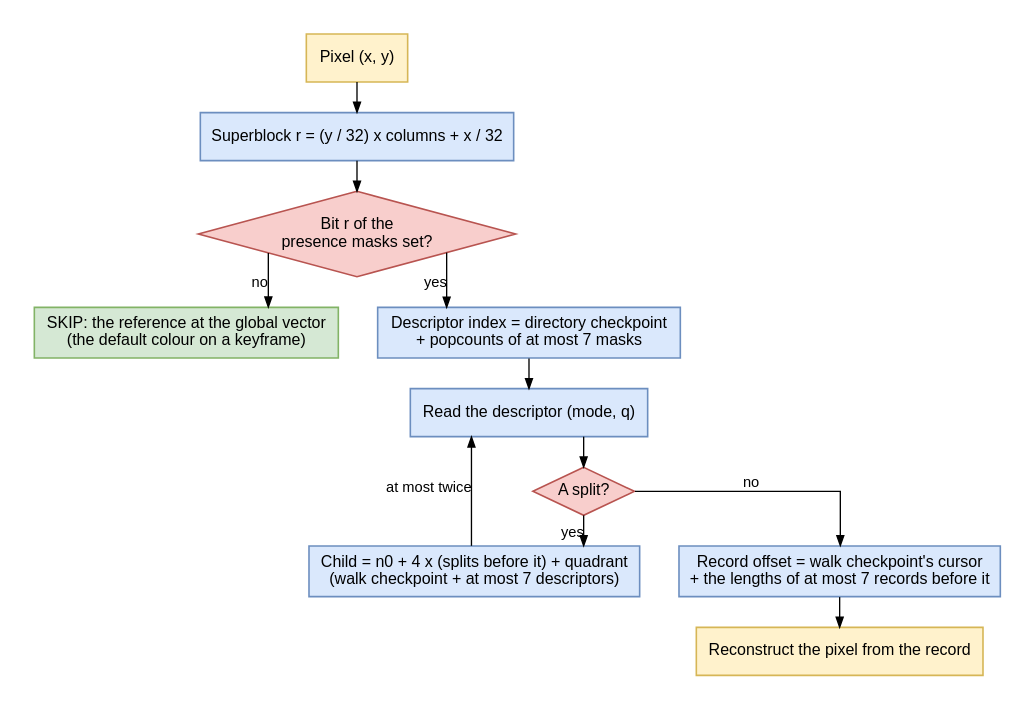
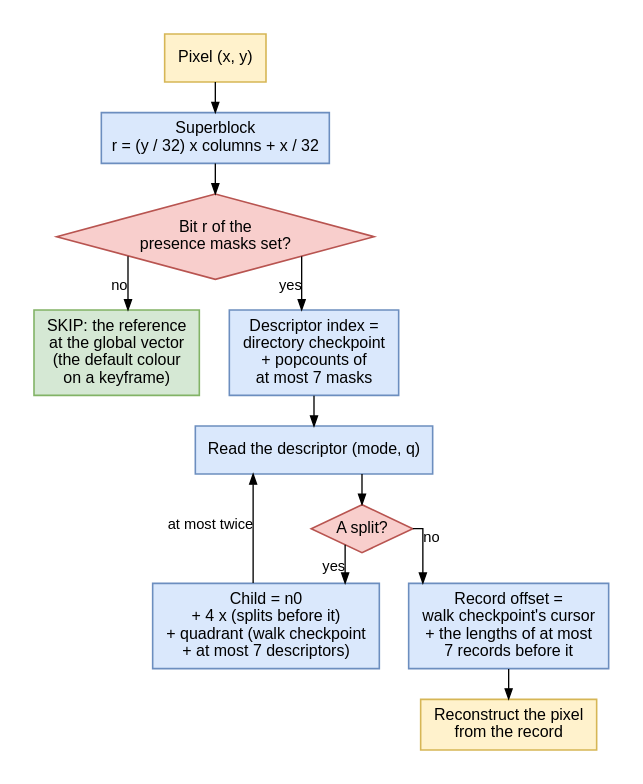
The diagram in tools/mcv2/figures/leaf.dot (PulseBeat02/mcav), drawn with Graphviz before and after one commit. The commit also changed 3 other files, not shown here.

First line of the commit message:
Docs: the leaf diagram and the codec chart fit a page column

```diff
--- a/tools/mcv2/figures/leaf.dot
+++ b/tools/mcv2/figures/leaf.dot
@@ -1,32 +1,32 @@
 // How one pixel finds the leaf that covers it and the leaf's record in a derived-offsets frame: a bounded walk with no
 // neighbour and no scan of the frame.
 digraph leaf {
   rankdir=TB;
   bgcolor="white";
   pad=0.25;
-  nodesep=0.4;
+  nodesep=0.3;
   ranksep=0.32;
   splines=ortho;
   node [shape=box, style="filled", fillcolor="#dae8fc", color="#6c8ebf", fontname="Liberation Sans", fontsize=12, fontcolor="black", margin="0.14,0.09", penwidth=1.2];
   edge [color="black", arrowsize=0.75, penwidth=1.0, fontname="Liberation Sans", fontsize=11, fontcolor="black"];
 
   pixel [label="Pixel (x, y)", fillcolor="#fff2cc", color="#d6b656"];
-  root [label="Superblock r = (y / 32) x columns + x / 32"];
+  root [label="Superblock\nr = (y / 32) x columns + x / 32"];
   present [shape=diamond, label="Bit r of the\npresence masks set?", fillcolor="#f8cecc", color="#b85450", margin="0.04,0.04"];
-  skip [label="SKIP: the reference at the global vector\n(the default colour on a keyframe)", fillcolor="#d5e8d4", color="#82b366"];
-  index [label="Descriptor index = directory checkpoint\n+ popcounts of at most 7 masks"];
+  skip [label="SKIP: the reference\nat the global vector\n(the default colour\non a keyframe)", fillcolor="#d5e8d4", color="#82b366"];
+  index [label="Descriptor index =\ndirectory checkpoint\n+ popcounts of\nat most 7 masks"];
   read [label="Read the descriptor (mode, q)"];
   split [shape=diamond, label="A split?", fillcolor="#f8cecc", color="#b85450", margin="0.04,0.04"];
-  child [label="Child = n0 + 4 x (splits before it) + quadrant\n(walk checkpoint + at most 7 descriptors)"];
-  record [label="Record offset = walk checkpoint's cursor\n+ the lengths of at most 7 records before it"];
-  draw [label="Reconstruct the pixel from the record", fillcolor="#fff2cc", color="#d6b656"];
+  child [label="Child = n0\n+ 4 x (splits before it)\n+ quadrant (walk checkpoint\n+ at most 7 descriptors)"];
+  record [label="Record offset =\nwalk checkpoint's cursor\n+ the lengths of at most\n7 records before it"];
+  draw [label="Reconstruct the pixel\nfrom the record", fillcolor="#fff2cc", color="#d6b656"];
 
   pixel -> root -> present;
   present -> skip [xlabel="no"];
   present -> index [xlabel="yes"];
   index -> read -> split;
   split -> child [xlabel="yes"];
   child -> read [xlabel="at most twice"];
   split -> record [xlabel="no"];
   record -> draw;
 }
```
